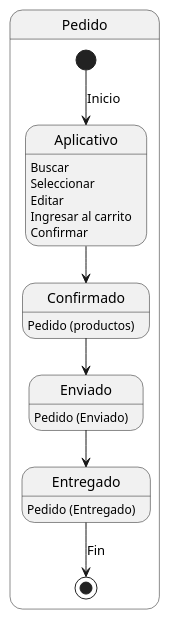
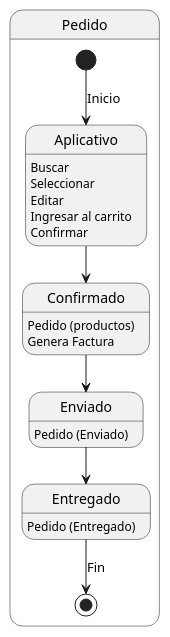
Before and after one commit to jonnycanabal/tienda-web-backend: the diagram in diagramas-tienda-web/diagrama_de_estado.puml, drawn with PlantUML. The commit also changed 8 other files, not shown here.

Commit message:
Actualizacino diagramas UML

```diff
--- a/diagramas-tienda-web/diagrama_de_estado.puml
+++ b/diagramas-tienda-web/diagrama_de_estado.puml
@@ -1,31 +1,32 @@
 @startuml tienda-web
 
 state Pedido {
 
 [*] --> Aplicativo : Inicio
 
     Aplicativo : Buscar
     Aplicativo : Seleccionar
     Aplicativo : Editar
     Aplicativo : Ingresar al carrito
     Aplicativo : Confirmar
 
 state Confirmado
     Confirmado : Pedido (productos)
+    Confirmado : Genera Factura
 
 state Enviado
     Enviado : Pedido (Enviado)
 
 state Entregado
 
     Entregado : Pedido (Entregado)
 
 
 Aplicativo --> Confirmado
 Confirmado -->Enviado
 Enviado -->Entregado
 Entregado -->[*] : Fin
 
 }
 
 @enduml
```
